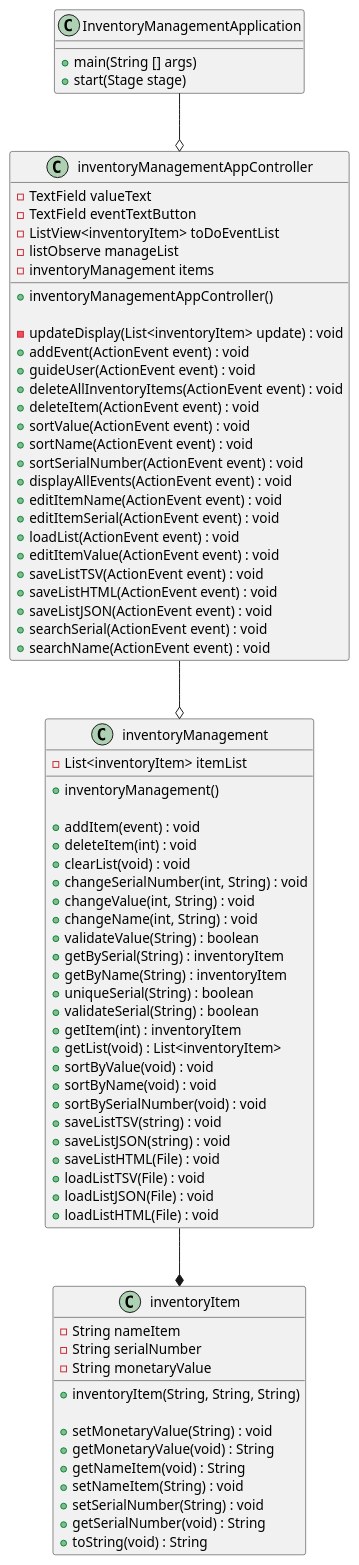
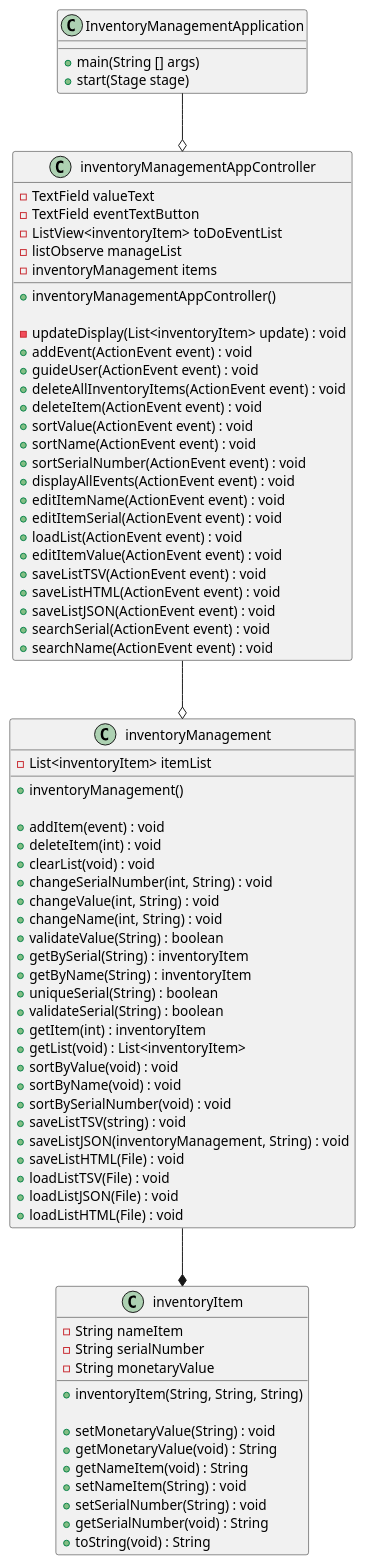
The diagram in hernandez-app2-/docs/InventoryManagementApplication.puml (Cesar-Hernandez-1/hernandez-app2), drawn with PlantUML before and after one commit.

Commit message:
updated uml diagram

```diff
--- a/hernandez-app2-/docs/InventoryManagementApplication.puml
+++ b/hernandez-app2-/docs/InventoryManagementApplication.puml
@@ -1,95 +1,95 @@
 @startuml
 
 class InventoryManagementApplication{
     'methods
     + main(String [] args)
     + start(Stage stage)
 }
 
 class inventoryManagementAppController{
     'attributes
     - TextField valueText
     - TextField eventTextButton
     - ListView<inventoryItem> toDoEventList
     - listObserve manageList
     - inventoryManagement items
 
     'methods
     + inventoryManagementAppController()
 
     - updateDisplay(List<inventoryItem> update) : void
     + addEvent(ActionEvent event) : void
     + guideUser(ActionEvent event) : void
     + deleteAllInventoryItems(ActionEvent event) : void
     + deleteItem(ActionEvent event) : void
     + sortValue(ActionEvent event) : void
     + sortName(ActionEvent event) : void
     + sortSerialNumber(ActionEvent event) : void
     + displayAllEvents(ActionEvent event) : void
     + editItemName(ActionEvent event) : void
     + editItemSerial(ActionEvent event) : void
     + loadList(ActionEvent event) : void
     + editItemValue(ActionEvent event) : void
     + saveListTSV(ActionEvent event) : void
     + saveListHTML(ActionEvent event) : void
     + saveListJSON(ActionEvent event) : void
     + searchSerial(ActionEvent event) : void
     + searchName(ActionEvent event) : void
 }
 
 InventoryManagementApplication --o inventoryManagementAppController
 
 class inventoryManagement{
     'attributes
     -List<inventoryItem> itemList
 
     'methods
     +inventoryManagement()
 
     +addItem(event) : void
     +deleteItem(int) : void
     +clearList(void) : void
     +changeSerialNumber(int, String) : void
     +changeValue(int, String) : void
     +changeName(int, String) : void
     +validateValue(String) : boolean
     +getBySerial(String) : inventoryItem
     +getByName(String) : inventoryItem
     +uniqueSerial(String) : boolean
     +validateSerial(String) : boolean
     +getItem(int) : inventoryItem
     +getList(void) : List<inventoryItem>
     +sortByValue(void) : void
     +sortByName(void) : void
     +sortBySerialNumber(void) : void
     +saveListTSV(string) : void
-    +saveListJSON(string) : void
+    +saveListJSON(inventoryManagement, String) : void
     +saveListHTML(File) : void
     +loadListTSV(File) : void
     +loadListJSON(File) : void
     +loadListHTML(File) : void
 }
 
 class inventoryItem{
     'attributes
     - String nameItem
     - String serialNumber
     - String monetaryValue
 
     'methods
     + inventoryItem(String, String, String)
 
     +setMonetaryValue(String) : void
     +getMonetaryValue(void) : String
     +getNameItem(void) : String
     +setNameItem(String) : void
     +setSerialNumber(String) : void
     +getSerialNumber(void) : String
     +toString(void) : String
 }
 
 inventoryManagement --* inventoryItem
 
 inventoryManagementAppController --o inventoryManagement
 
 @enduml
```
